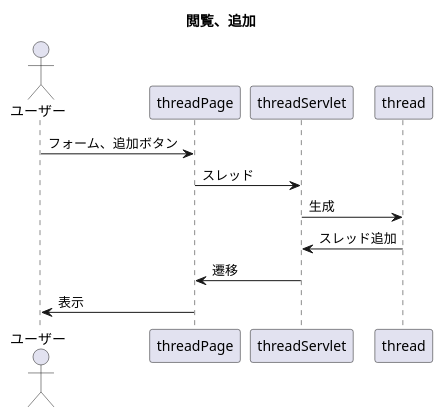
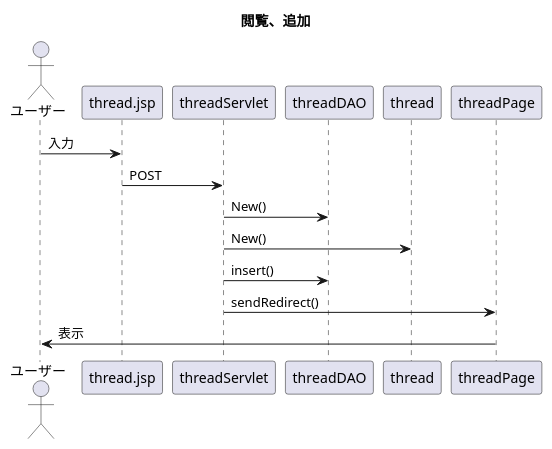
One commit to R-Nakagawa87/WebExample changed the diagram in uml/seq_thread.pu. Above: the diagram before and after it, drawn with PlantUML. The commit also changed 10 other files, not shown here.

```diff
--- a/uml/seq_thread.pu
+++ b/uml/seq_thread.pu
@@ -1,13 +1,14 @@
 @startuml
 title 閲覧、追加
 
 actor ユーザー
 
-ユーザー -> threadPage : フォーム、追加ボタン
-threadPage -> threadServlet : スレッド
-threadServlet -> thread : 生成
-thread -> threadServlet : スレッド追加
-threadServlet -> threadPage : 遷移
+ユーザー -> thread.jsp : 入力
+thread.jsp -> threadServlet : POST
+threadServlet -> threadDAO : New()
+threadServlet -> thread : New()
+threadServlet -> threadDAO : insert()
+threadServlet -> threadPage : sendRedirect()
 threadPage -> ユーザー : 表示
 
 @enduml
```
